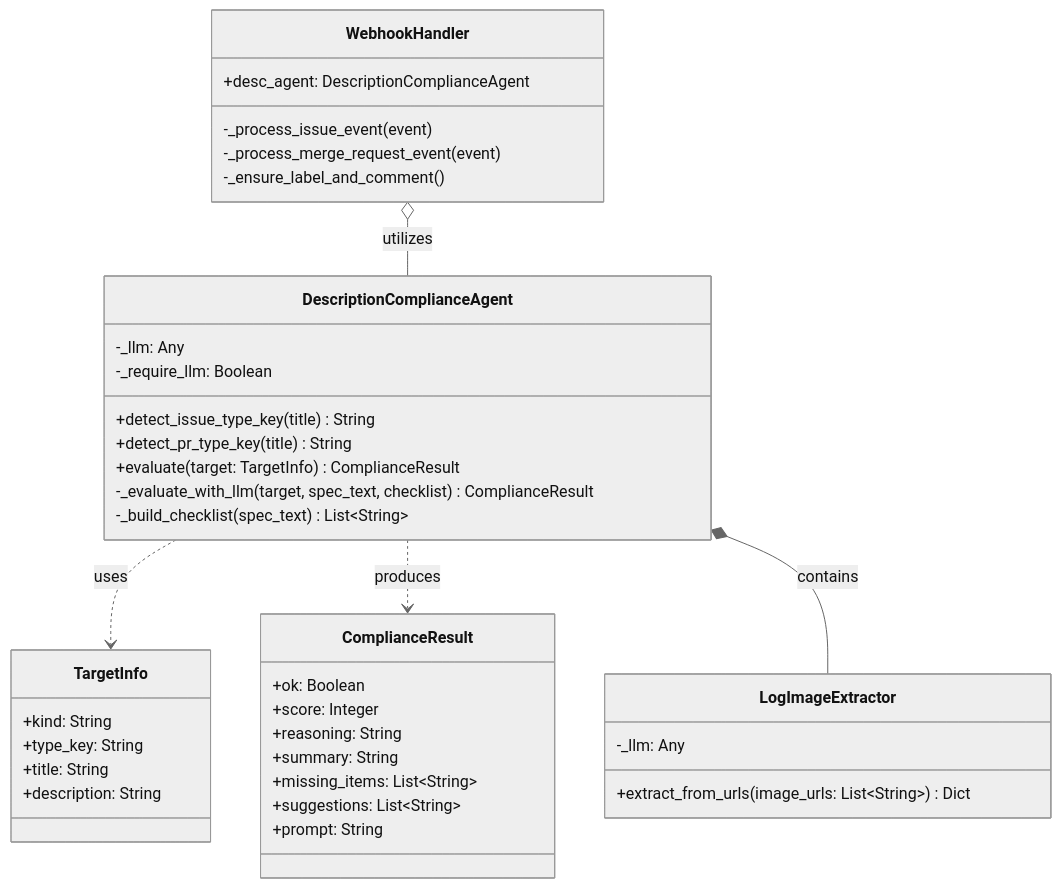
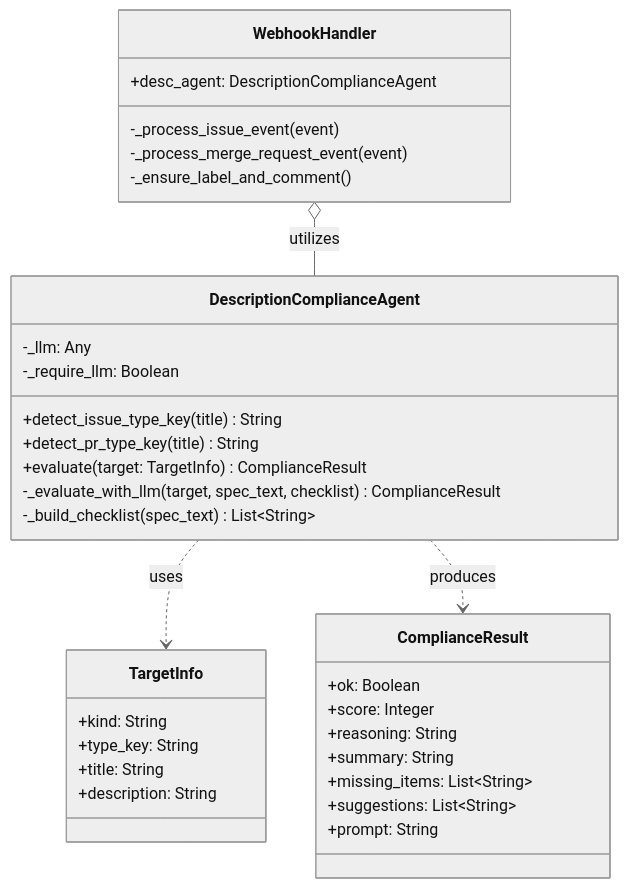
The second of 3 diagrams in opensourceways/backlog/issue_docs/62/Architecture Desgin/#62 Architecture Design Specification.md (GeorgeCao-hw/backlog-test), drawn with Mermaid (neutral theme) before and after one commit. The commit also changed other lines of this file and 1 other file, not shown here.

````diff
--- a/opensourceways/backlog/issue_docs/62/Architecture Desgin/#62 Architecture Design Specification.md
+++ b/opensourceways/backlog/issue_docs/62/Architecture Desgin/#62 Architecture Design Specification.md
@@ -63,46 +59,40 @@
 ```mermaid
 classDiagram
     class TargetInfo {
         +kind: String
         +type_key: String
         +title: String
         +description: String
     }
 
     class ComplianceResult {
         +ok: Boolean
         +score: Integer
         +reasoning: String
         +summary: String
         +missing_items: List~String~
         +suggestions: List~String~
         +prompt: String
     }
 
     class DescriptionComplianceAgent {
         -_llm: Any
         -_require_llm: Boolean
         +detect_issue_type_key(title) String
         +detect_pr_type_key(title) String
         +evaluate(target: TargetInfo) ComplianceResult
         -_evaluate_with_llm(target, spec_text, checklist) ComplianceResult
         -_build_checklist(spec_text) List~String~
     }
 
-    class LogImageExtractor {
-        -_llm: Any
-        +extract_from_urls(image_urls: List~String~) Dict
-    }
-
     class WebhookHandler {
         +desc_agent: DescriptionComplianceAgent
         -_process_issue_event(event)
         -_process_merge_request_event(event)
         -_ensure_label_and_comment()
     }
 
     DescriptionComplianceAgent ..> TargetInfo : uses
     DescriptionComplianceAgent ..> ComplianceResult : produces
-    DescriptionComplianceAgent *-- LogImageExtractor : contains
     WebhookHandler o-- DescriptionComplianceAgent : utilizes
 ```
````
